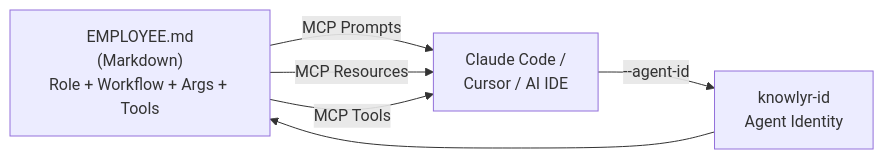
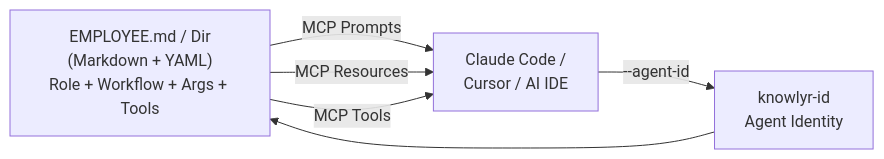
Before and after one commit to liuxiaotong/knowlyr-crew: the first of 2 diagrams in README.md, drawn with Mermaid. The commit also changed other lines of this file, not shown here.

````diff
--- a/README.md
+++ b/README.md
@@ -42,8 +42,8 @@
 ```mermaid
 graph LR
-    E["EMPLOYEE.md<br/>(Markdown)<br/>Role + Workflow + Args + Tools"] -->|MCP Prompts| IDE["Claude Code /<br/>Cursor / AI IDE"]
+    E["EMPLOYEE.md / Dir<br/>(Markdown + YAML)<br/>Role + Workflow + Args + Tools"] -->|MCP Prompts| IDE["Claude Code /<br/>Cursor / AI IDE"]
     E -->|MCP Resources| IDE
     E -->|MCP Tools| IDE
     IDE -->|--agent-id| ID["knowlyr-id<br/>Agent Identity"]
     ID --> E
 ```
````
